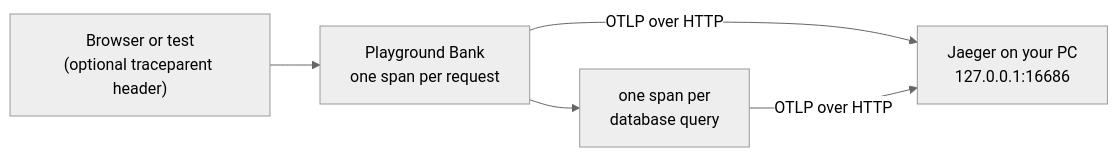
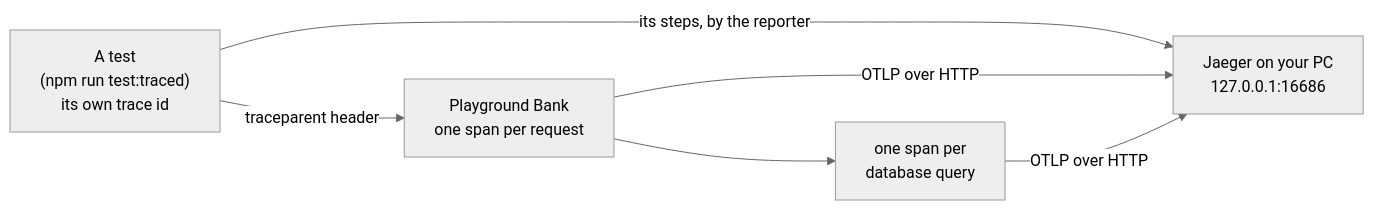
The diagram in docs/features/tracing.md (asaf-1/Agents-Playground), drawn with Mermaid (neutral theme) before and after one commit. The commit also changed other lines of this file and 14 other files, not shown here.

````diff
--- a/docs/features/tracing.md
+++ b/docs/features/tracing.md
@@ -18,7 +18,8 @@
 ```mermaid
 flowchart LR
-  browser["Browser or test<br/>(optional traceparent header)"] --> bank["Playground Bank<br/>one span per request"]
+  test["A test<br/>(npm run test:traced)<br/>its own trace id"] -- "traceparent header" --> bank["Playground Bank<br/>one span per request"]
   bank --> queries["one span per<br/>database query"]
-  bank -- "OTLP over HTTP" --> jaeger["Jaeger on your PC<br/>127.0.0.1:16686"]
+  test -- "its steps, by the reporter" --> jaeger["Jaeger on your PC<br/>127.0.0.1:16686"]
+  bank -- "OTLP over HTTP" --> jaeger
   queries -- "OTLP over HTTP" --> jaeger
 ```
````
